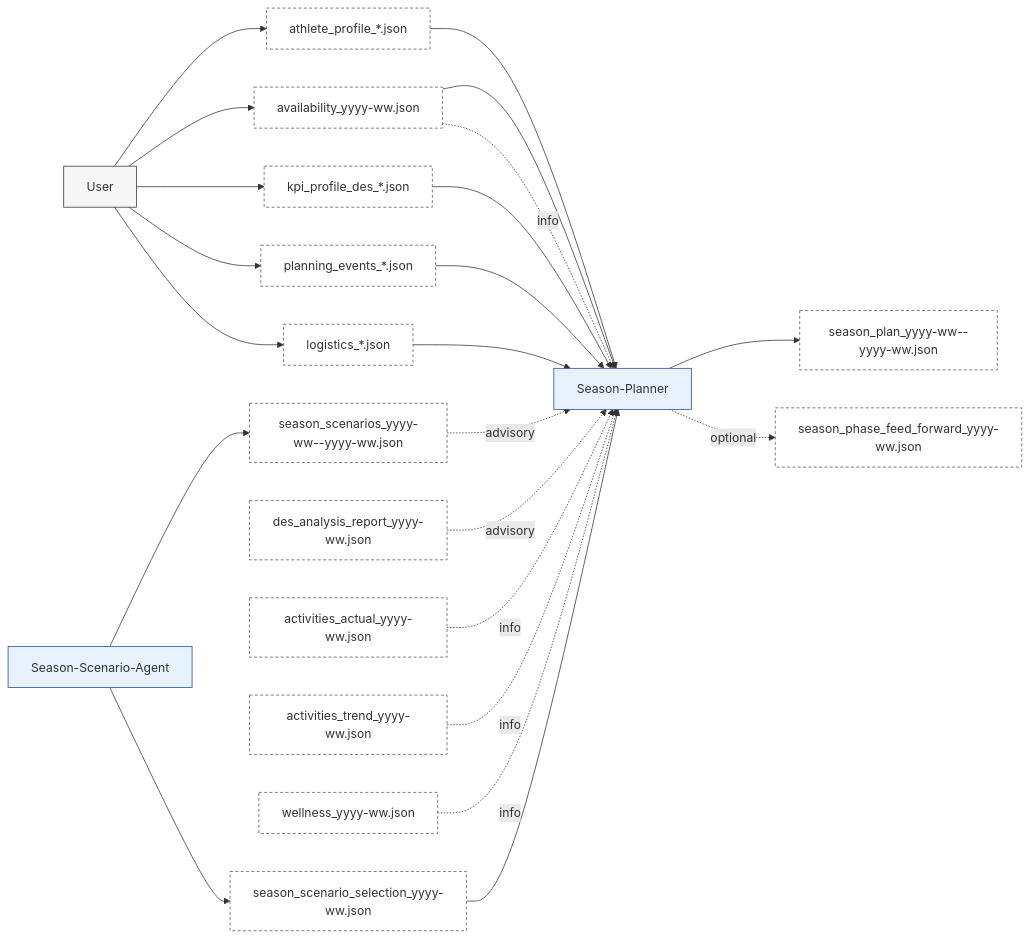
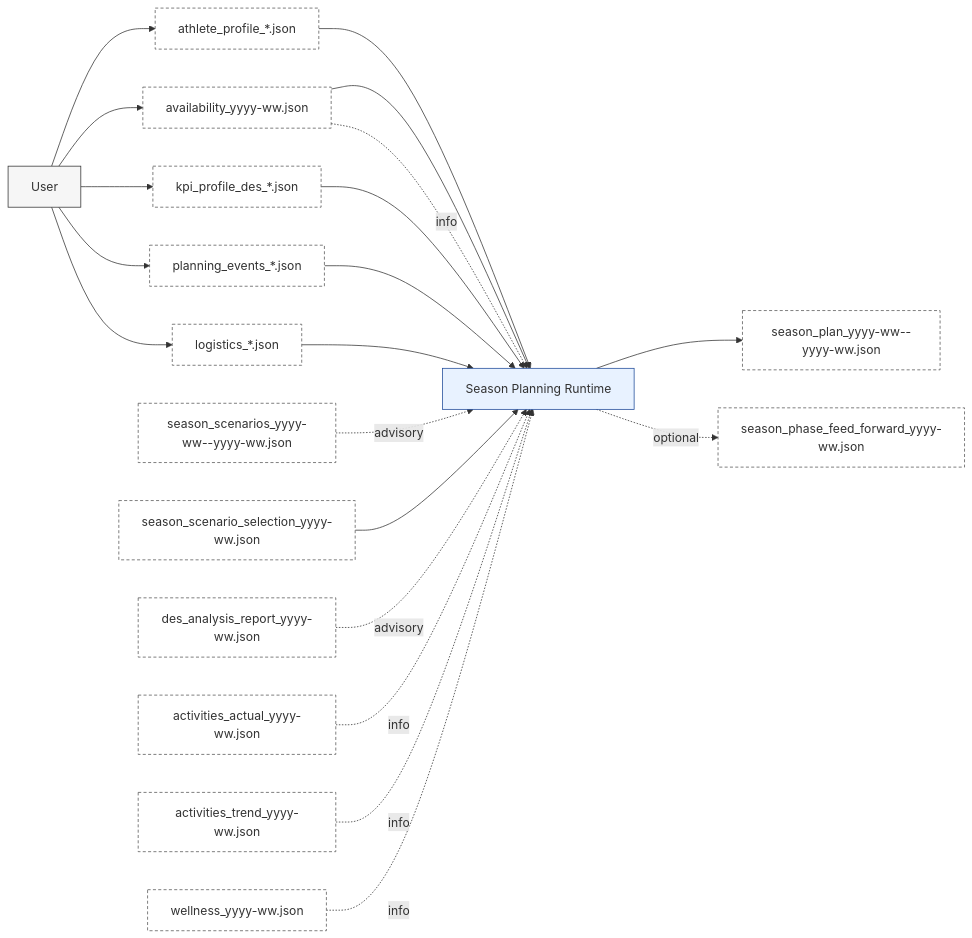
One commit to albauer-priv/RPS changed the third of 10 diagrams in doc/overview/artefact_flow.md. Above: the diagram before and after it, drawn with Mermaid. The commit also changed other lines of this file and 5 other files, not shown here.

Commit message:
docs: update crewai skills and planning architecture

````diff
--- a/doc/overview/artefact_flow.md
+++ b/doc/overview/artefact_flow.md
@@ -192,25 +188,23 @@
 ```mermaid
 flowchart LR
-  U[User]:::actor --> AP["athlete_profile_*.json"]:::artefact --> MA["Season-Planner"]:::agent
+  U[User]:::actor --> AP["athlete_profile_*.json"]:::artefact --> MA["Season Planning Runtime"]:::agent
   U --> AV["availability_*.json"]:::artefact --> MA
   U --> KP["kpi_profile_des_*.json"]:::artefact --> MA
   U --> PE["planning_events_*.json"]:::artefact --> MA
   U --> LG["logistics_*.json"]:::artefact --> MA
   SC["season_scenarios_yyyy-ww--yyyy-ww.json"]:::artefact -. advisory .-> MA
+  SEL["season_scenario_selection_yyyy-ww.json"]:::artefact --> MA
   DR["des_analysis_report_yyyy-ww.json"]:::artefact -. advisory .-> MA
   AA["activities_actual_yyyy-ww.json"]:::artefact -. info .-> MA
   AT["activities_trend_yyyy-ww.json"]:::artefact -. info .-> MA
   AV["availability_yyyy-ww.json"]:::artefact -. info .-> MA
   WL["wellness_yyyy-ww.json"]:::artefact -. info .-> MA
-
-  SS["Season-Scenario-Agent"]:::agent --> SC
-  SS --> SEL["season_scenario_selection_yyyy-ww.json"]:::artefact --> MA
 
   MA --> MO["season_plan_yyyy-ww--yyyy-ww.json"]:::artefact
   MA -. optional .-> SPFF["season_phase_feed_forward_yyyy-ww.json"]:::artefact
 
   classDef actor fill:#f6f6f6,stroke:#333,stroke-width:1px;
   classDef agent fill:#e8f2ff,stroke:#1f4b99,stroke-width:1px;
   classDef artefact fill:#ffffff,stroke:#555,stroke-dasharray: 4 3,stroke-width:1px;
   classDef component fill:#eef8ee,stroke:#2f6b2f,stroke-width:1px;
 ```
````
